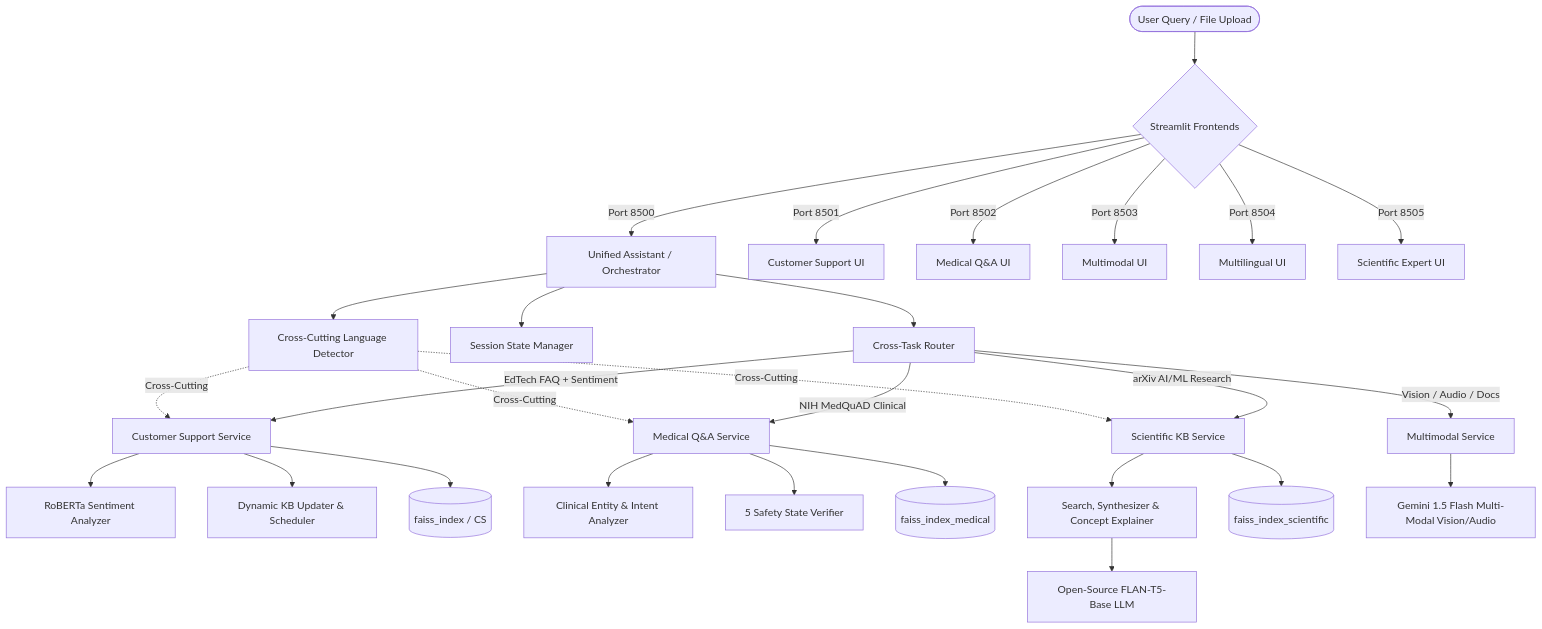
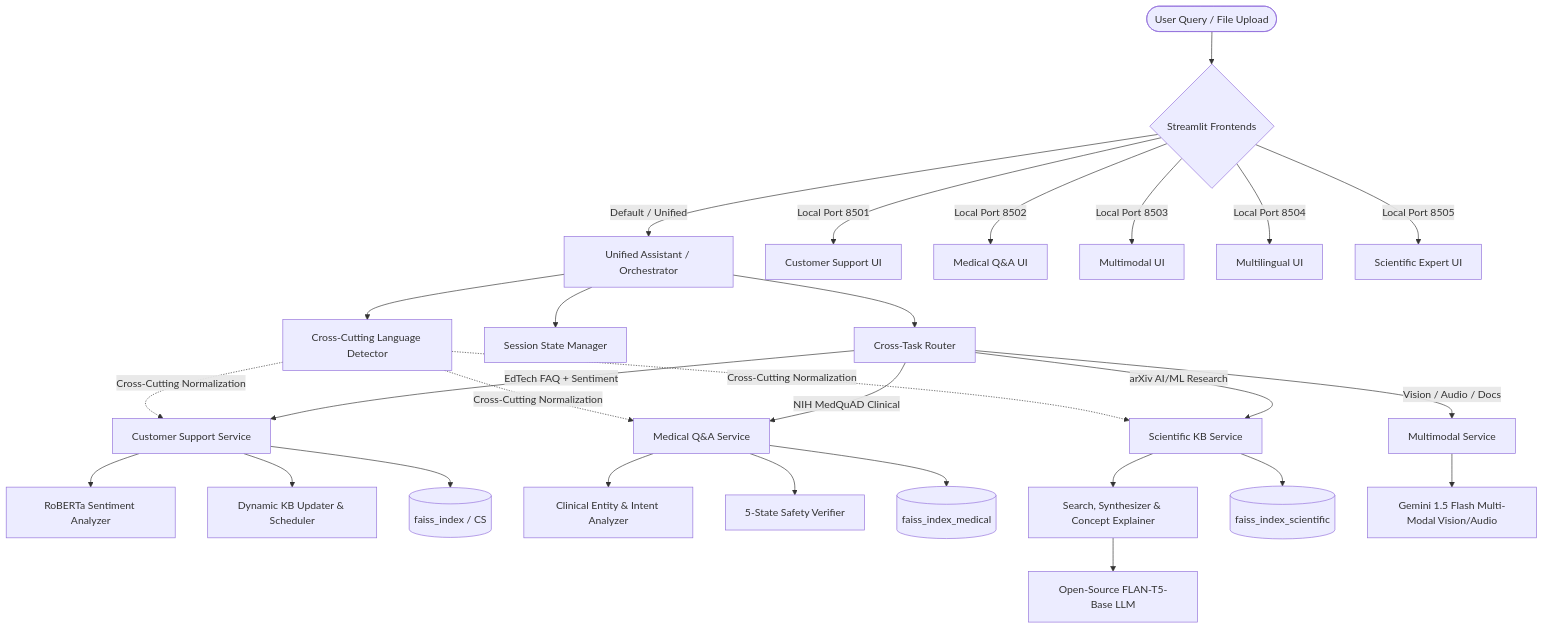
The diagram in README.md (Vishnu3568/elevance-skills-genai-internship), drawn with Mermaid before and after one commit. The commit also changed other lines of this file and 3 other files, not shown here.

````diff
--- a/README.md
+++ b/README.md
@@ -63,38 +66,38 @@
 ```mermaid
 graph TD
     User([User Query / File Upload]) --> UI{Streamlit Frontends}
     
-    UI -->|Port 8500| Unified[Unified Assistant / Orchestrator]
-    UI -->|Port 8501| StandaloneCS[Customer Support UI]
-    UI -->|Port 8502| StandaloneMed[Medical Q&A UI]
-    UI -->|Port 8503| StandaloneMM[Multimodal UI]
-    UI -->|Port 8504| StandaloneML[Multilingual UI]
-    UI -->|Port 8505| StandaloneSci[Scientific Expert UI]
+    UI -->|Default / Unified| Unified[Unified Assistant / Orchestrator]
+    UI -->|Local Port 8501| StandaloneCS[Customer Support UI]
+    UI -->|Local Port 8502| StandaloneMed[Medical Q&A UI]
+    UI -->|Local Port 8503| StandaloneMM[Multimodal UI]
+    UI -->|Local Port 8504| StandaloneML[Multilingual UI]
+    UI -->|Local Port 8505| StandaloneSci[Scientific Expert UI]
 
     Unified --> Router[Cross-Task Router]
     Unified --> SessionMgr[Session State Manager]
     Unified --> LangDetect[Cross-Cutting Language Detector]
 
     Router -->|EdTech FAQ + Sentiment| CS[Customer Support Service]
     Router -->|NIH MedQuAD Clinical| Med[Medical Q&A Service]
     Router -->|arXiv AI/ML Research| Sci[Scientific KB Service]
     Router -->|Vision / Audio / Docs| MM[Multimodal Service]
 
     CS --> SentimentMod[RoBERTa Sentiment Analyzer]
     CS --> DynamicKB[Dynamic KB Updater & Scheduler]
     CS --> FAISS_CS[(faiss_index / CS)]
 
     Med --> MedAnalyzer[Clinical Entity & Intent Analyzer]
-    Med --> MedSafety[5 Safety State Verifier]
+    Med --> MedSafety[5-State Safety Verifier]
     Med --> FAISS_Med[(faiss_index_medical)]
 
     Sci --> SciPipeline[Search, Synthesizer & Concept Explainer]
     Sci --> FAISS_Sci[(faiss_index_scientific)]
     SciPipeline --> FlanT5[Open-Source FLAN-T5-Base LLM]
 
     MM --> GeminiMM[Gemini 1.5 Flash Multi-Modal Vision/Audio]
 
-    LangDetect -.->|Cross-Cutting| CS
-    LangDetect -.->|Cross-Cutting| Med
-    LangDetect -.->|Cross-Cutting| Sci
+    LangDetect -.->|Cross-Cutting Normalization| CS
+    LangDetect -.->|Cross-Cutting Normalization| Med
+    LangDetect -.->|Cross-Cutting Normalization| Sci
 ```
````
